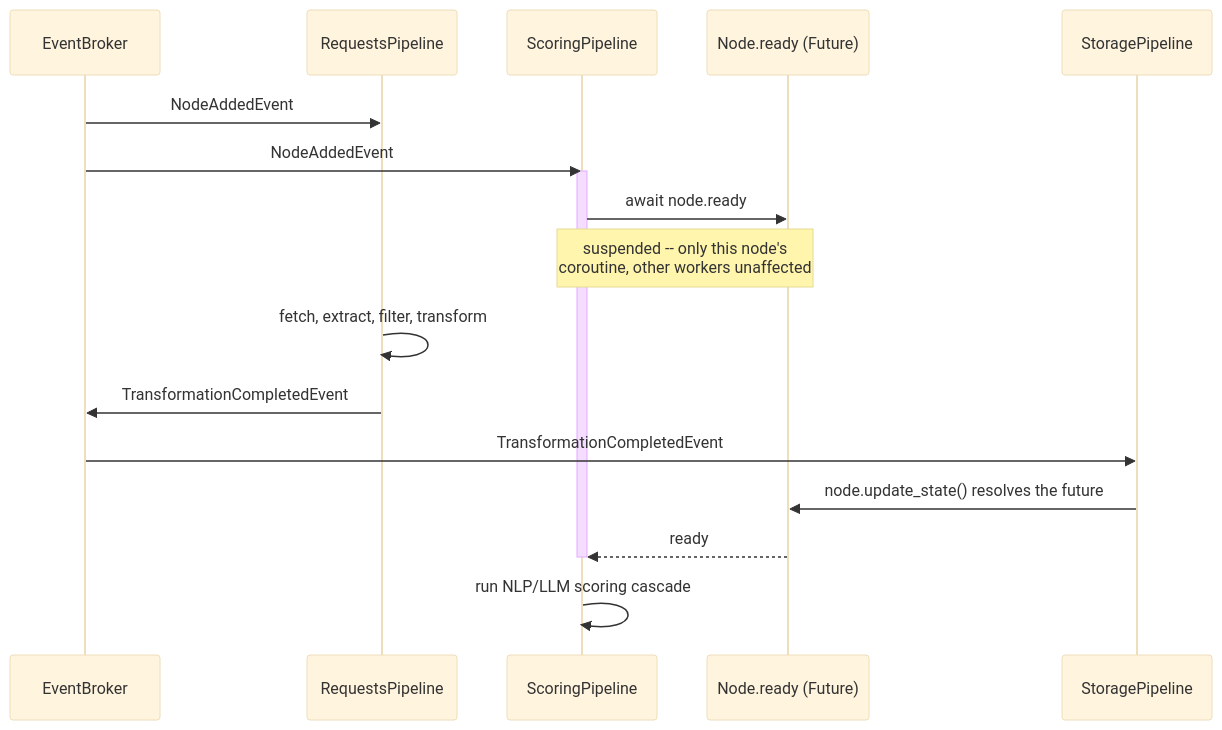
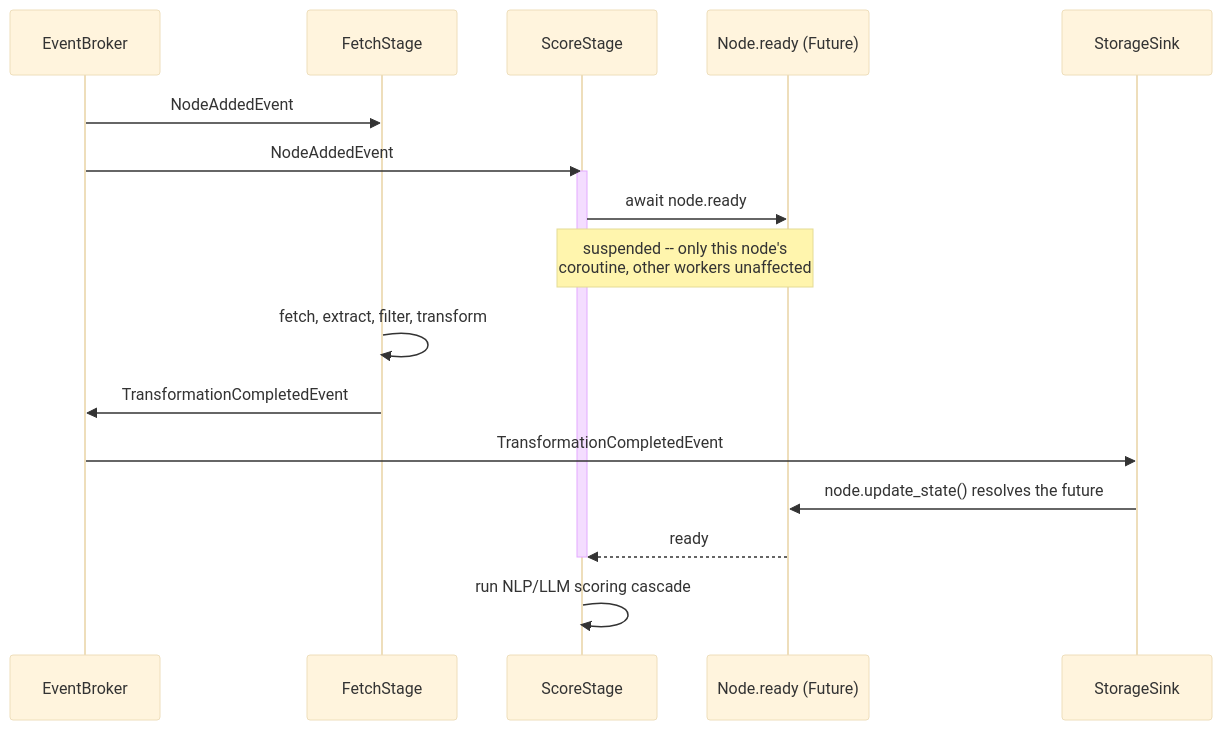
The diagram in docs/03-deep-dive-event-pipeline.md (omarbounawarapy/CrawlViz), drawn with Mermaid (base theme) before and after one commit. The commit also changed other lines of this file and 8 other files, not shown here.

Commit message:
Docs: the architecture guides use the stage and sink names

````diff
--- a/docs/03-deep-dive-event-pipeline.md
+++ b/docs/03-deep-dive-event-pipeline.md
@@ -37,21 +37,21 @@
 ```mermaid
 sequenceDiagram
     participant Broker as EventBroker
-    participant Req as RequestsPipeline
-    participant Score as ScoringPipeline
+    participant Req as FetchStage
+    participant Score as ScoreStage
     participant Node as Node.ready (Future)
-    participant Store as StoragePipeline
+    participant Store as StorageSink
 
     Broker->>Req: NodeAddedEvent
     Broker->>Score: NodeAddedEvent
     activate Score
     Score->>Node: await node.ready
     Note over Score,Node: suspended -- only this node's<br/>coroutine, other workers unaffected
     Req->>Req: fetch, extract, filter, transform
     Req->>Broker: TransformationCompletedEvent
     Broker->>Store: TransformationCompletedEvent
     Store->>Node: node.update_state() resolves the future
     Node-->>Score: ready
     deactivate Score
     Score->>Score: run NLP/LLM scoring cascade
 ```
````
